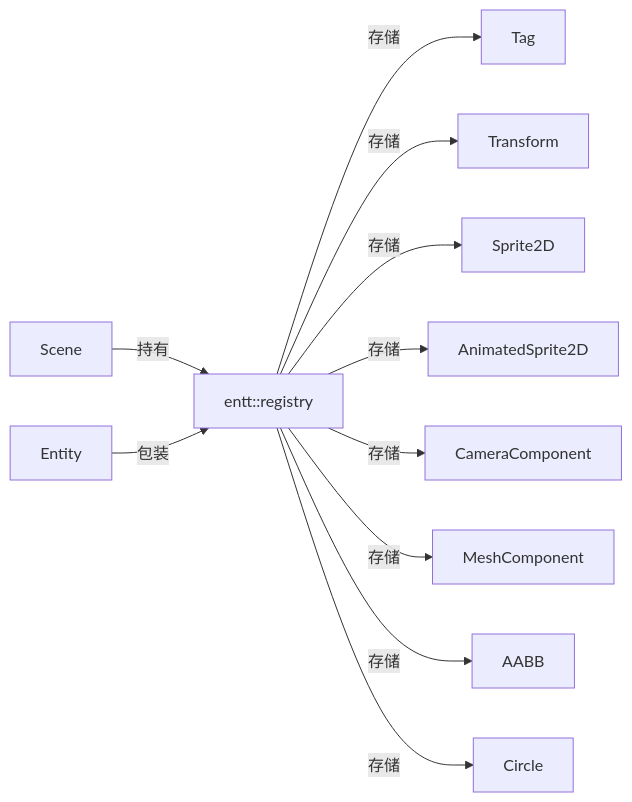
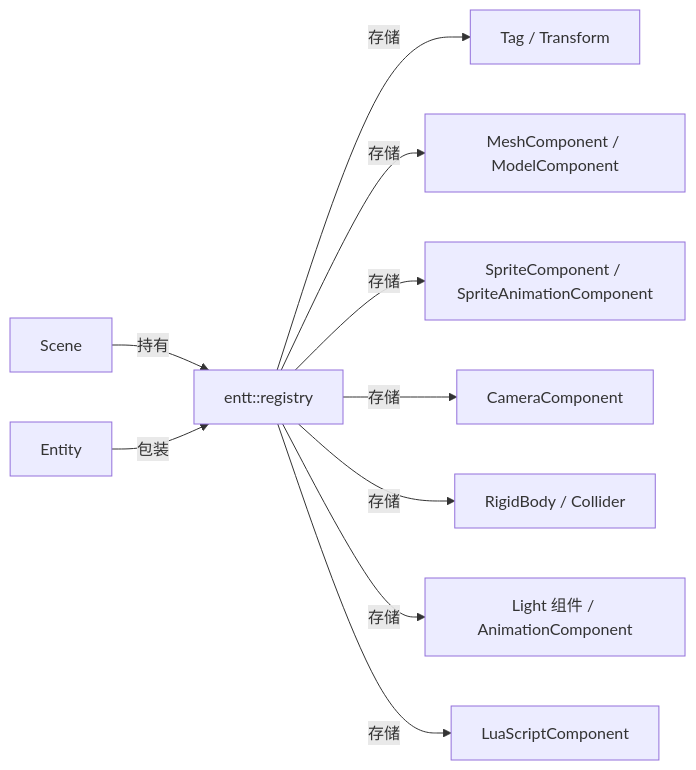
The diagram in docs/scene.md (MiaoHN/MEngine), drawn with Mermaid before and after one commit. The commit also changed 16 other files, not shown here.

````diff
--- a/docs/scene.md
+++ b/docs/scene.md
@@ -13,13 +13,12 @@
 ```mermaid
 graph LR
     Scene["Scene"] -->|持有| Registry["entt::registry"]
-    Registry -->|存储| C1[Tag]
-    Registry -->|存储| C2[Transform]
-    Registry -->|存储| C3[Sprite2D]
-    Registry -->|存储| C4[AnimatedSprite2D]
-    Registry -->|存储| C5[CameraComponent]
-    Registry -->|存储| C6[MeshComponent]
-    Registry -->|存储| C7[AABB]
-    Registry -->|存储| C8[Circle]
+    Registry -->|存储| C1[Tag / Transform]
+    Registry -->|存储| C2["MeshComponent / ModelComponent"]
+    Registry -->|存储| C3["SpriteComponent / SpriteAnimationComponent"]
+    Registry -->|存储| C4[CameraComponent]
+    Registry -->|存储| C5["RigidBody / Collider"]
+    Registry -->|存储| C6["Light 组件 / AnimationComponent"]
+    Registry -->|存储| C7[LuaScriptComponent]
     Entity -->|包装| Registry
 ```
````
